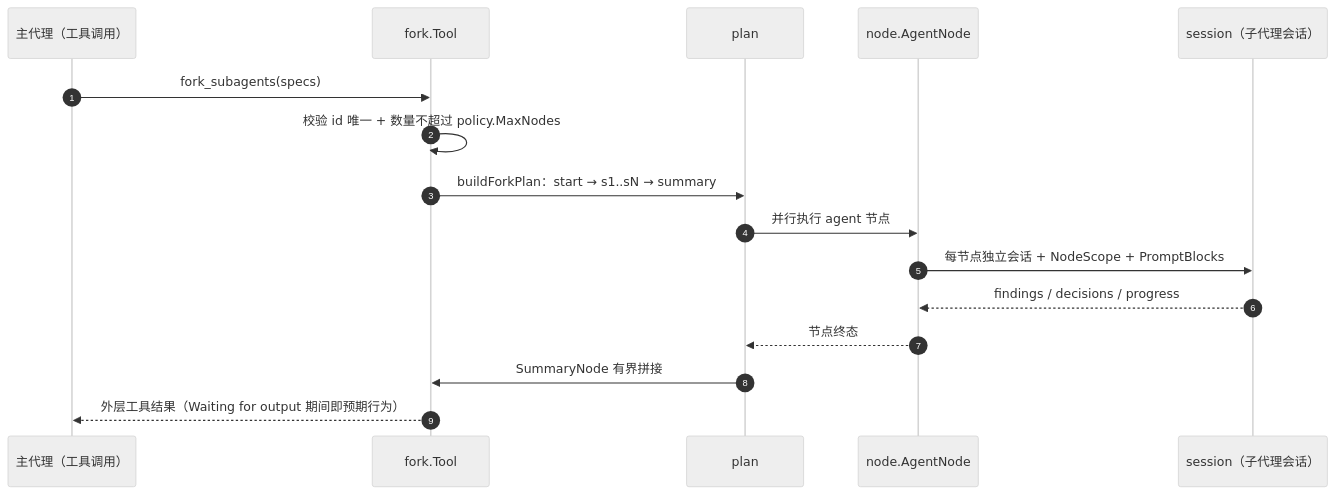
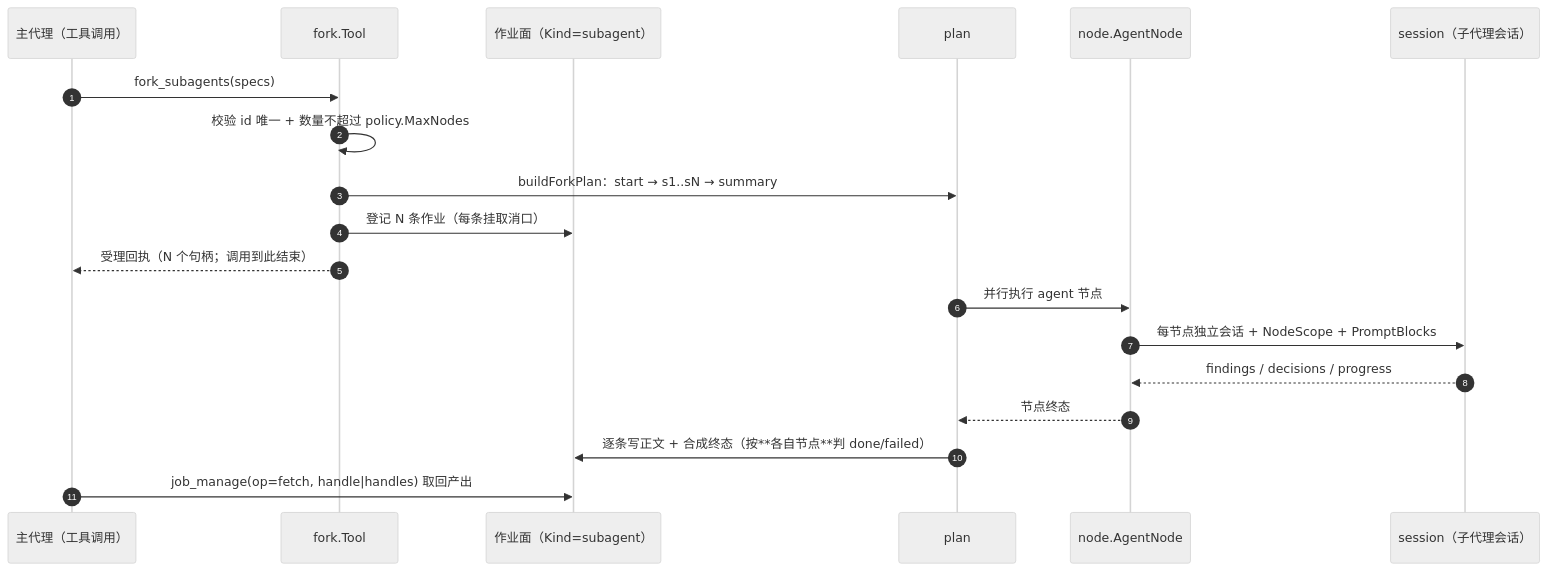
The second of 2 diagrams in seelebridge/fork/README.md (RedHuang-0622/seelex), drawn with Mermaid (neutral theme) before and after one commit. The commit also changed other lines of this file and 25 other files, not shown here.

First line of the commit message:
refactor(seelebridge,docs): 子代理只走后台作业面 + `job_manage` 一次管一批

````diff
--- a/seelebridge/fork/README.md
+++ b/seelebridge/fork/README.md
@@ -36,19 +36,22 @@
 ```mermaid
 sequenceDiagram
     autonumber
     participant T as 主代理（工具调用）
     participant F as fork.Tool
+    participant J as 作业面（Kind=subagent）
     participant P as plan
     participant N as node.AgentNode
     participant S as session（子代理会话）
 
     T->>F: fork_subagents(specs)
     F->>F: 校验 id 唯一 + 数量不超过 policy.MaxNodes
     F->>P: buildForkPlan：start → s1..sN → summary
+    F->>J: 登记 N 条作业（每条挂取消口）
+    F-->>T: 受理回执（N 个句柄；调用到此结束）
     P->>N: 并行执行 agent 节点
     N->>S: 每节点独立会话 + NodeScope + PromptBlocks
     S-->>N: findings / decisions / progress
     N-->>P: 节点终态
-    P->>F: SummaryNode 有界拼接
-    F-->>T: 外层工具结果（Waiting for output 期间即预期行为）
+    P->>J: 逐条写正文 + 合成终态（按**各自节点**判 done/failed）
+    T->>J: job_manage(op=fetch, handle|handles) 取回产出
 ```
````
